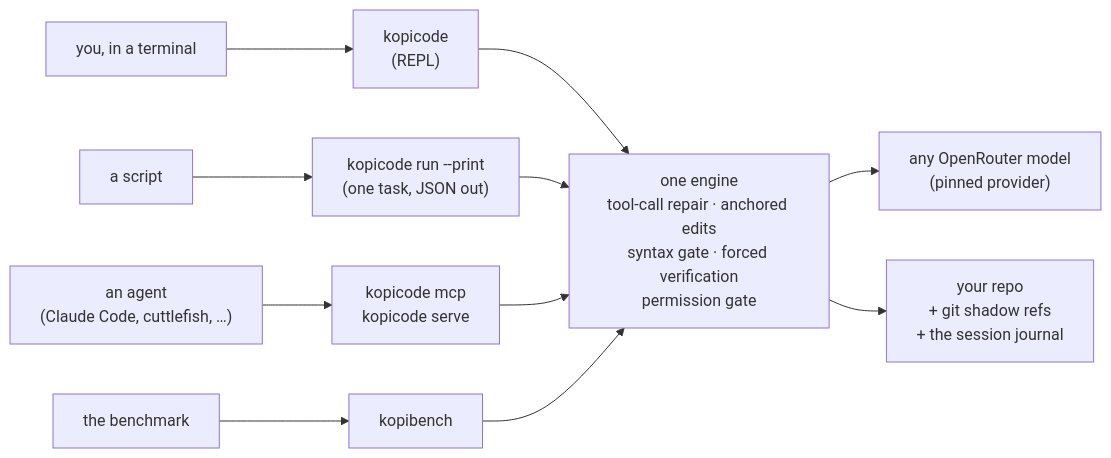
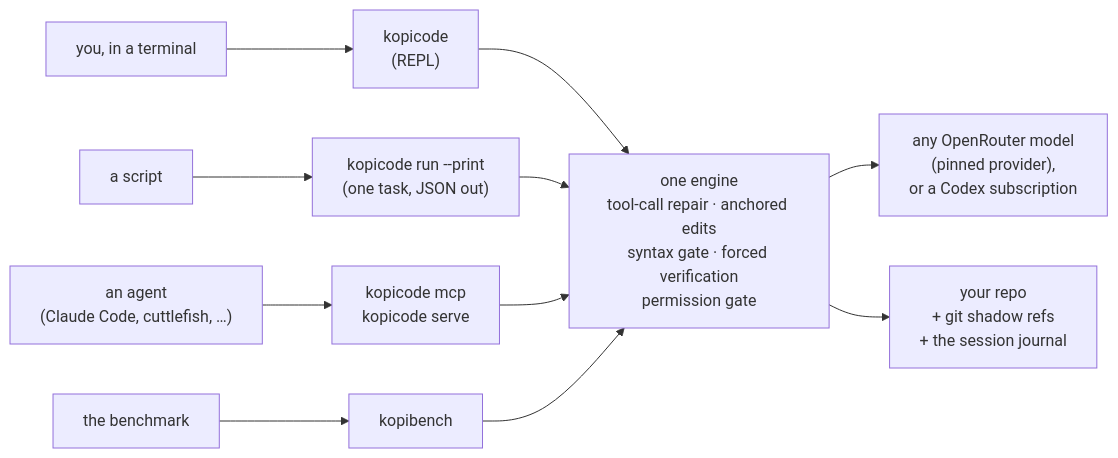
One commit to leejianrong/kopicode changed the diagram in README.md. Above: the diagram before and after it, drawn with Mermaid. The commit also changed other lines of this file and 2 other files, not shown here.

Commit message:
docs: refresh README status and package notes for what has landed (#228)

````diff
--- a/README.md
+++ b/README.md
@@ -13,10 +13,10 @@
 ```mermaid
 flowchart LR
     you["you, in a terminal"] --> repl["kopicode<br/>(REPL)"]
     script["a script"] --> run["kopicode run --print<br/>(one task, JSON out)"]
     agent["an agent<br/>(Claude Code, cuttlefish, …)"] --> mcp["kopicode mcp<br/>kopicode serve"]
     ci["the benchmark"] --> bench["kopibench"]
     repl & run & mcp & bench --> engine["one engine<br/>tool-call repair · anchored edits<br/>syntax gate · forced verification<br/>permission gate"]
-    engine --> model["any OpenRouter model<br/>(pinned provider)"]
+    engine --> model["any OpenRouter model<br/>(pinned provider),<br/>or a Codex subscription"]
     engine --> repo["your repo<br/>+ git shadow refs<br/>+ the session journal"]
 ```
````
